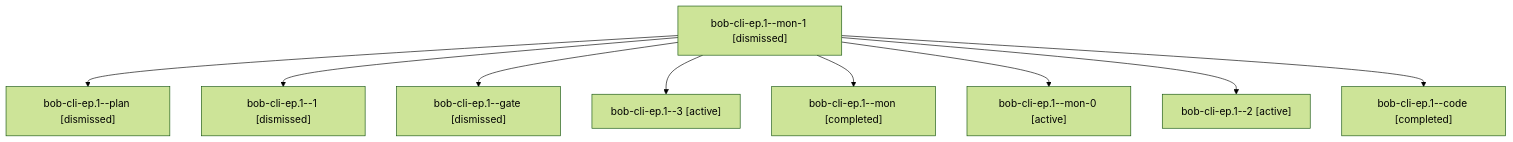
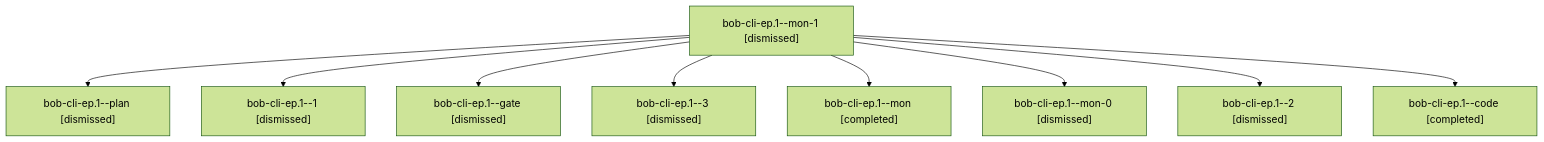
Before and after one commit to bobs-org/bob-cli--agents: the diagram in sessions/bbugyi200.apollo.bob-cli-ep.1.md, drawn with Mermaid (forest theme). The commit also changed other lines of this file and 310 other files, not shown here.

````diff
--- a/sessions/bbugyi200.apollo.bob-cli-ep.1.md
+++ b/sessions/bbugyi200.apollo.bob-cli-ep.1.md
@@ -9,20 +9,20 @@
 ```mermaid
 flowchart TD
   n0["bob-cli-ep.1--mon-1 [dismissed]"]
   n1["bob-cli-ep.1--plan [dismissed]"]
   n0 --> n1
   n2["bob-cli-ep.1--1 [dismissed]"]
   n0 --> n2
   n3["bob-cli-ep.1--gate [dismissed]"]
   n0 --> n3
-  n4["bob-cli-ep.1--3 [active]"]
+  n4["bob-cli-ep.1--3 [dismissed]"]
   n0 --> n4
   n5["bob-cli-ep.1--mon [completed]"]
   n0 --> n5
-  n6["bob-cli-ep.1--mon-0 [active]"]
+  n6["bob-cli-ep.1--mon-0 [dismissed]"]
   n0 --> n6
-  n7["bob-cli-ep.1--2 [active]"]
+  n7["bob-cli-ep.1--2 [dismissed]"]
   n0 --> n7
   n8["bob-cli-ep.1--code [completed]"]
   n0 --> n8
 ```
````
